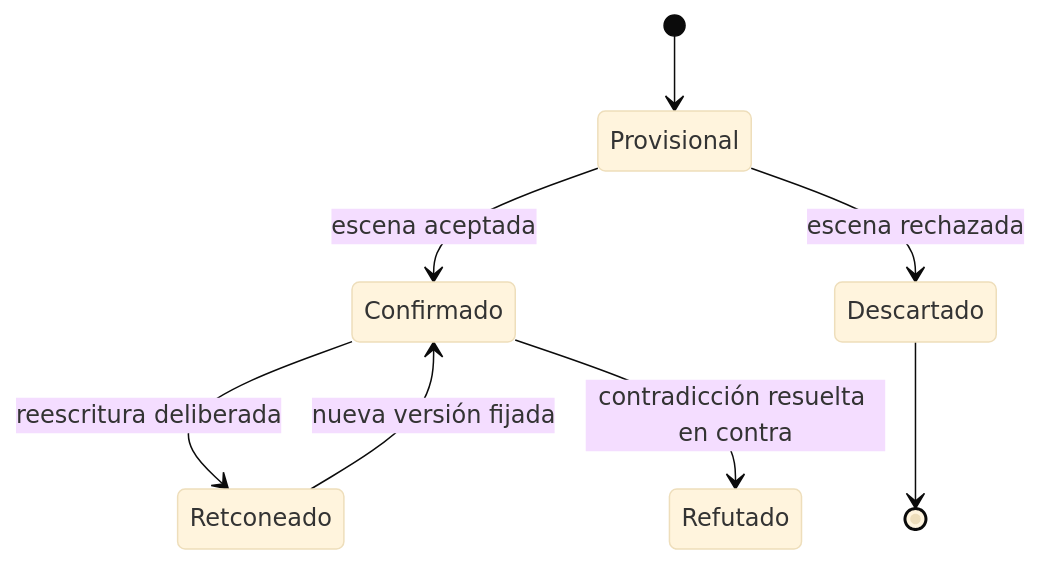
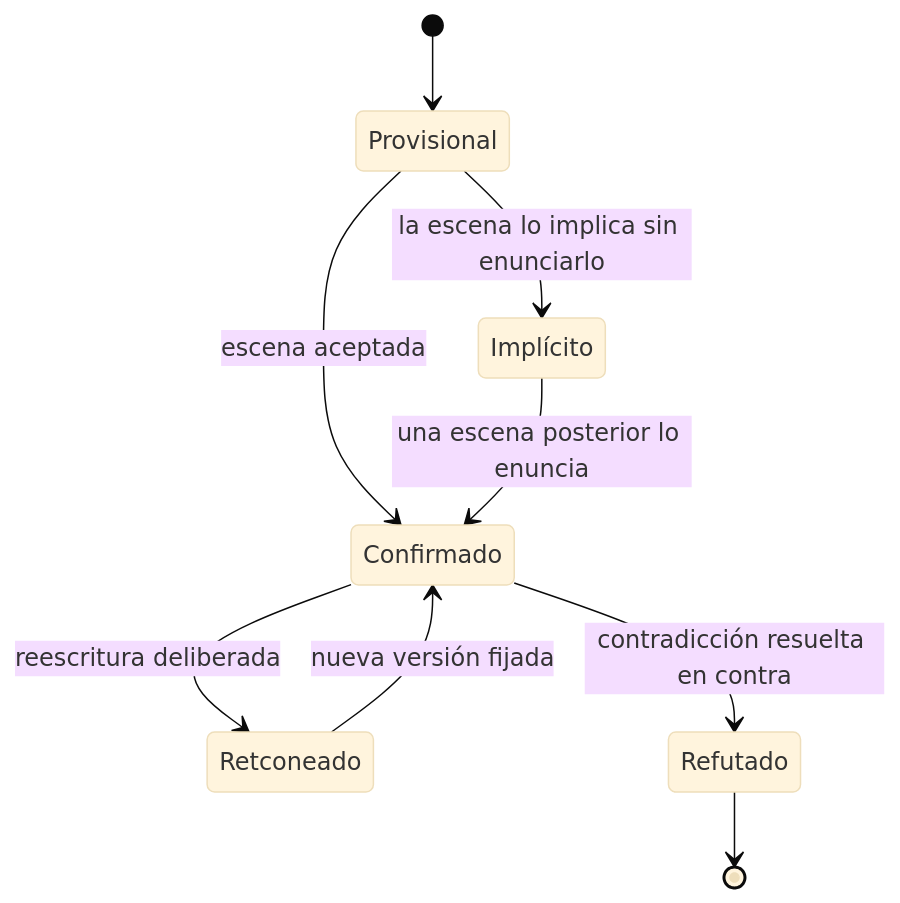
One commit to BrunoCrz3/MyStory changed diagram 12 of 20 in docs/domain-knowledge.md. Above: the diagram before and after it, drawn with Mermaid (base theme). The commit also changed other lines of this file and 1 other file, not shown here.

````diff
--- a/docs/domain-knowledge.md
+++ b/docs/domain-knowledge.md
@@ -211,10 +212,11 @@
 ```mermaid
 stateDiagram-v2
   [*] --> Provisional
   Provisional --> Confirmado: escena aceptada
-  Provisional --> Descartado: escena rechazada
+  Provisional --> Implícito: la escena lo implica sin enunciarlo
+  Implícito --> Confirmado: una escena posterior lo enuncia
   Confirmado --> Retconeado: reescritura deliberada
   Confirmado --> Refutado: contradicción resuelta en contra
   Retconeado --> Confirmado: nueva versión fijada
-  Descartado --> [*]
+  Refutado --> [*]
 ```
````
